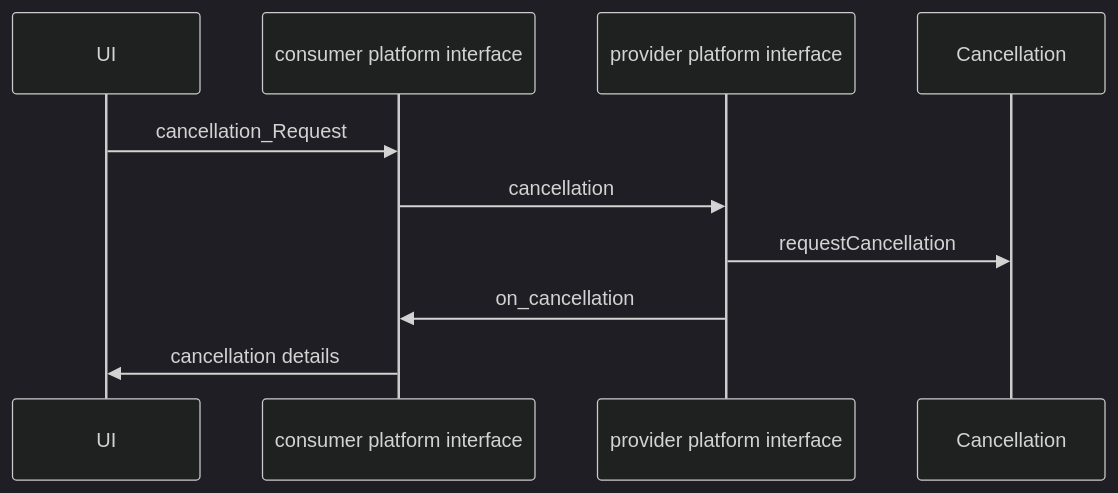
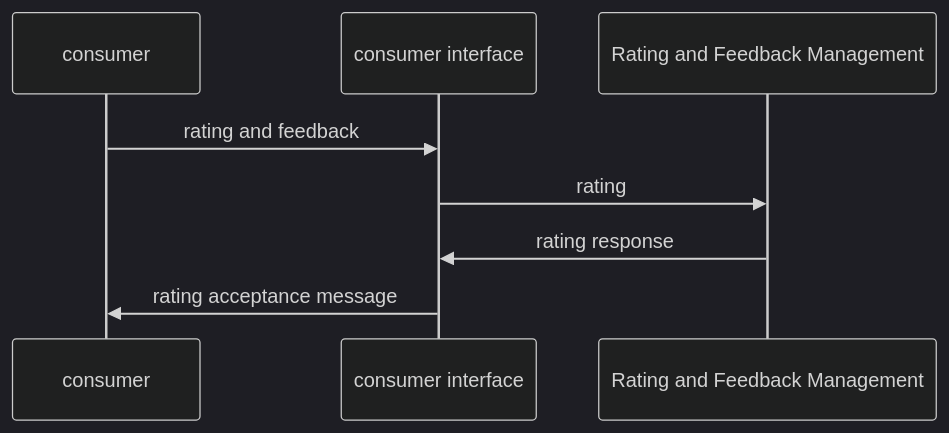
One commit to GovStackWorkingGroup/bb-emarketplace changed the tenth of 15 diagrams in spec/9-workflows.md. Above: the diagram before and after it, drawn with Mermaid (dark theme). The commit also changed other lines of this file and 3 other files, not shown here.

````diff
--- a/spec/9-workflows.md
+++ b/spec/9-workflows.md
@@ -174,8 +202,7 @@
 ```mermaid
 sequenceDiagram
-UI->>consumer platform interface: cancellation_Request
-    consumer platform interface->>provider platform interface: cancellation
-             provider platform interface->>Cancellation:requestCancellation
-    provider platform interface->>consumer platform interface: on_cancellation
-    consumer platform interface->>UI: cancellation details
+consumer->>consumer interface: rating and feedback
+    consumer interface->>Rating and Feedback Management:rating
+Rating and Feedback Management->>consumer interface:rating response
+     consumer interface->>consumer: rating acceptance message
 ```
````
